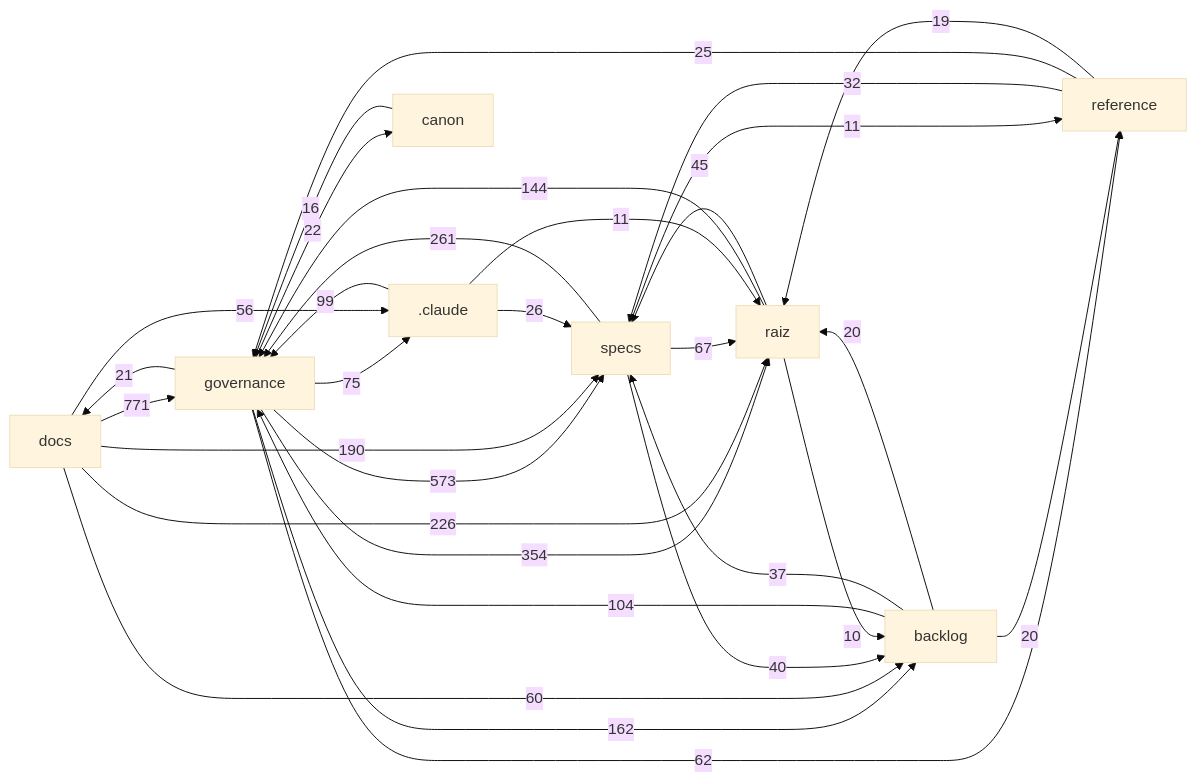
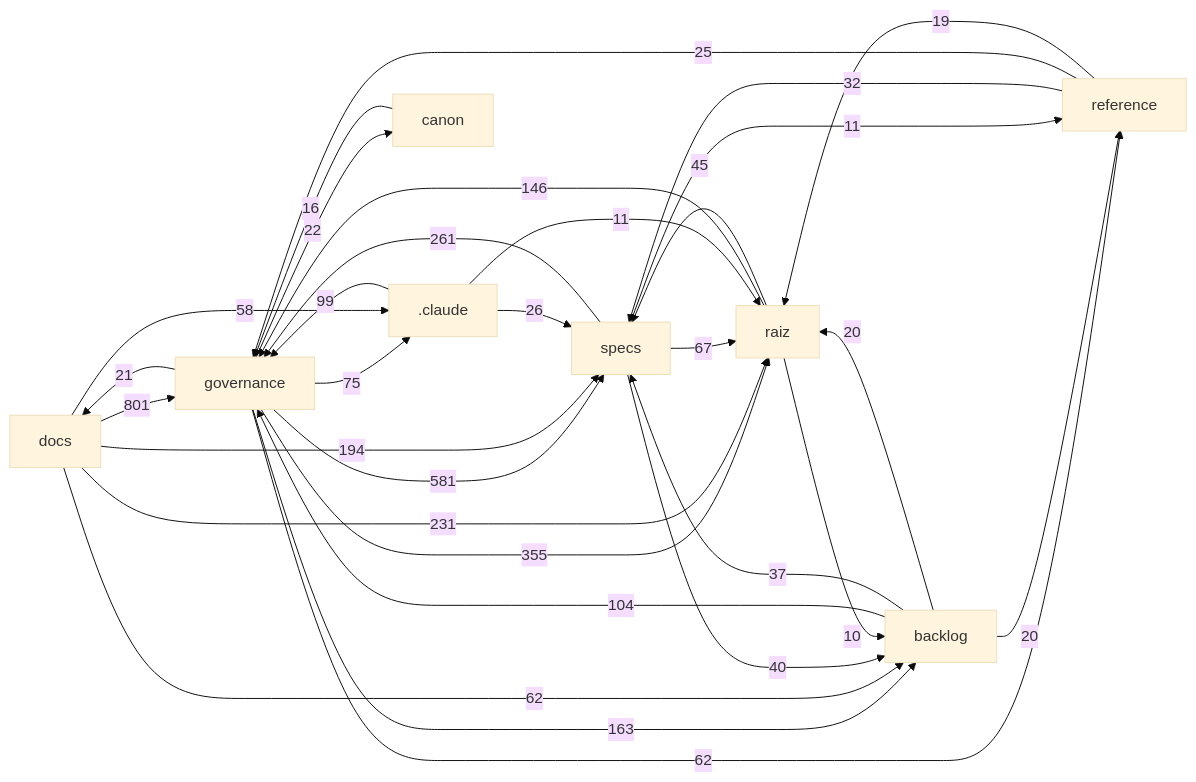
One commit to Andraus35/Sistema-Operacional-de-Trading--SOT changed the diagram in docs/mapa/MAPA-PROJETO.md. Above: the diagram before and after it, drawn with Mermaid (base theme). The commit also changed other lines of this file and 5 other files, not shown here.

````diff
--- a/docs/mapa/MAPA-PROJETO.md
+++ b/docs/mapa/MAPA-PROJETO.md
@@ -29,33 +29,33 @@
 ```mermaid
 flowchart LR
-  docs["docs"] -->|771| governance["governance"]
-  governance["governance"] -->|573| specs["specs"]
-  governance["governance"] -->|354| raiz["raiz"]
+  docs["docs"] -->|801| governance["governance"]
+  governance["governance"] -->|581| specs["specs"]
+  governance["governance"] -->|355| raiz["raiz"]
   specs["specs"] -->|261| governance["governance"]
-  docs["docs"] -->|226| raiz["raiz"]
-  docs["docs"] -->|190| specs["specs"]
-  governance["governance"] -->|162| backlog["backlog"]
-  raiz["raiz"] -->|144| governance["governance"]
+  docs["docs"] -->|231| raiz["raiz"]
+  docs["docs"] -->|194| specs["specs"]
+  governance["governance"] -->|163| backlog["backlog"]
+  raiz["raiz"] -->|146| governance["governance"]
   backlog["backlog"] -->|104| governance["governance"]
   _claude[".claude"] -->|99| governance["governance"]
   governance["governance"] -->|75| _claude[".claude"]
   specs["specs"] -->|67| raiz["raiz"]
+  docs["docs"] -->|62| backlog["backlog"]
   governance["governance"] -->|62| reference["reference"]
-  docs["docs"] -->|60| backlog["backlog"]
-  docs["docs"] -->|56| _claude[".claude"]
+  docs["docs"] -->|58| _claude[".claude"]
   raiz["raiz"] -->|45| specs["specs"]
   specs["specs"] -->|40| backlog["backlog"]
   backlog["backlog"] -->|37| specs["specs"]
   reference["reference"] -->|32| specs["specs"]
   _claude[".claude"] -->|26| specs["specs"]
   reference["reference"] -->|25| governance["governance"]
   governance["governance"] -->|22| canon["canon"]
   governance["governance"] -->|21| docs["docs"]
   backlog["backlog"] -->|20| raiz["raiz"]
   backlog["backlog"] -->|20| reference["reference"]
   reference["reference"] -->|19| raiz["raiz"]
   canon["canon"] -->|16| governance["governance"]
   _claude[".claude"] -->|11| raiz["raiz"]
   specs["specs"] -->|11| reference["reference"]
   raiz["raiz"] -->|10| backlog["backlog"]
 ```
````
